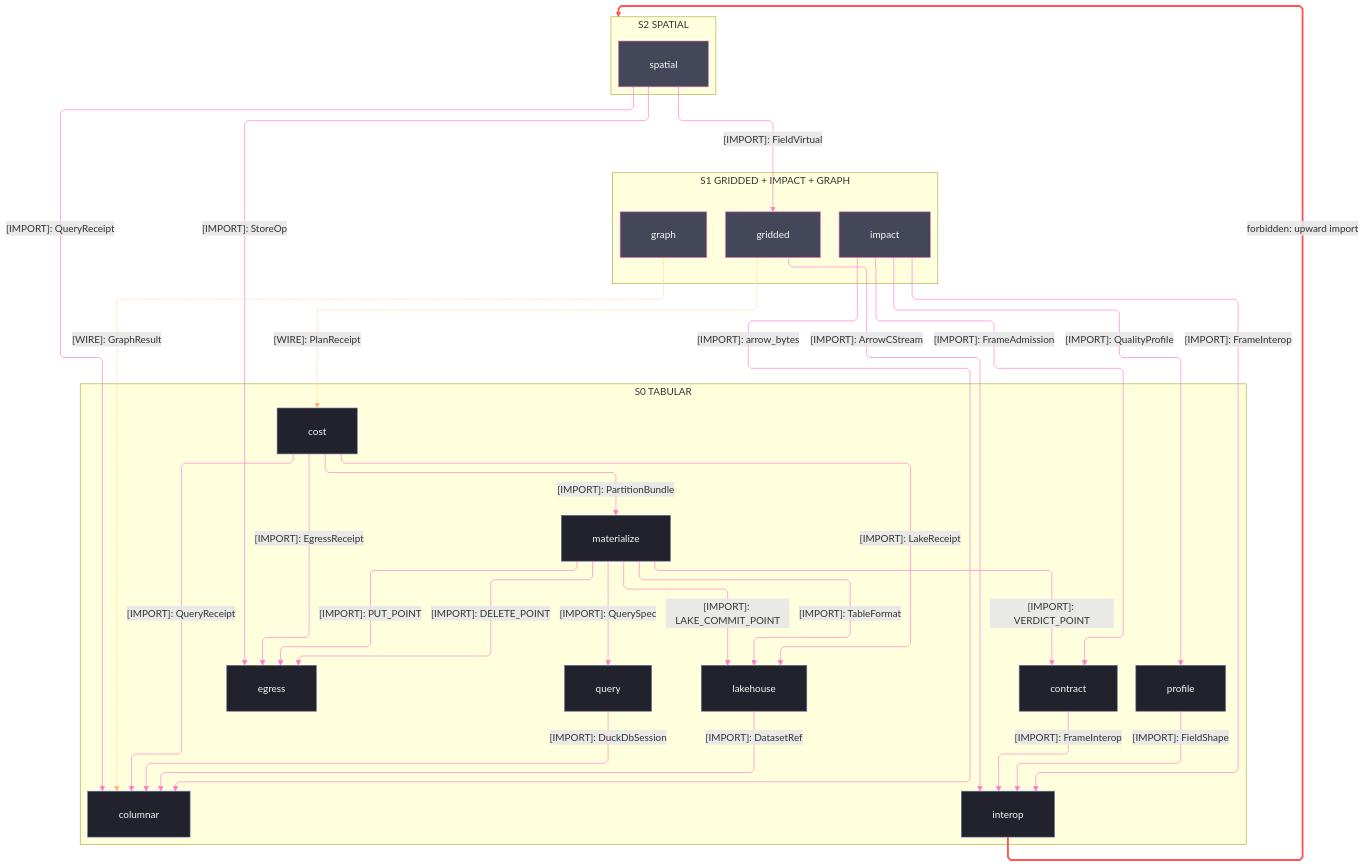
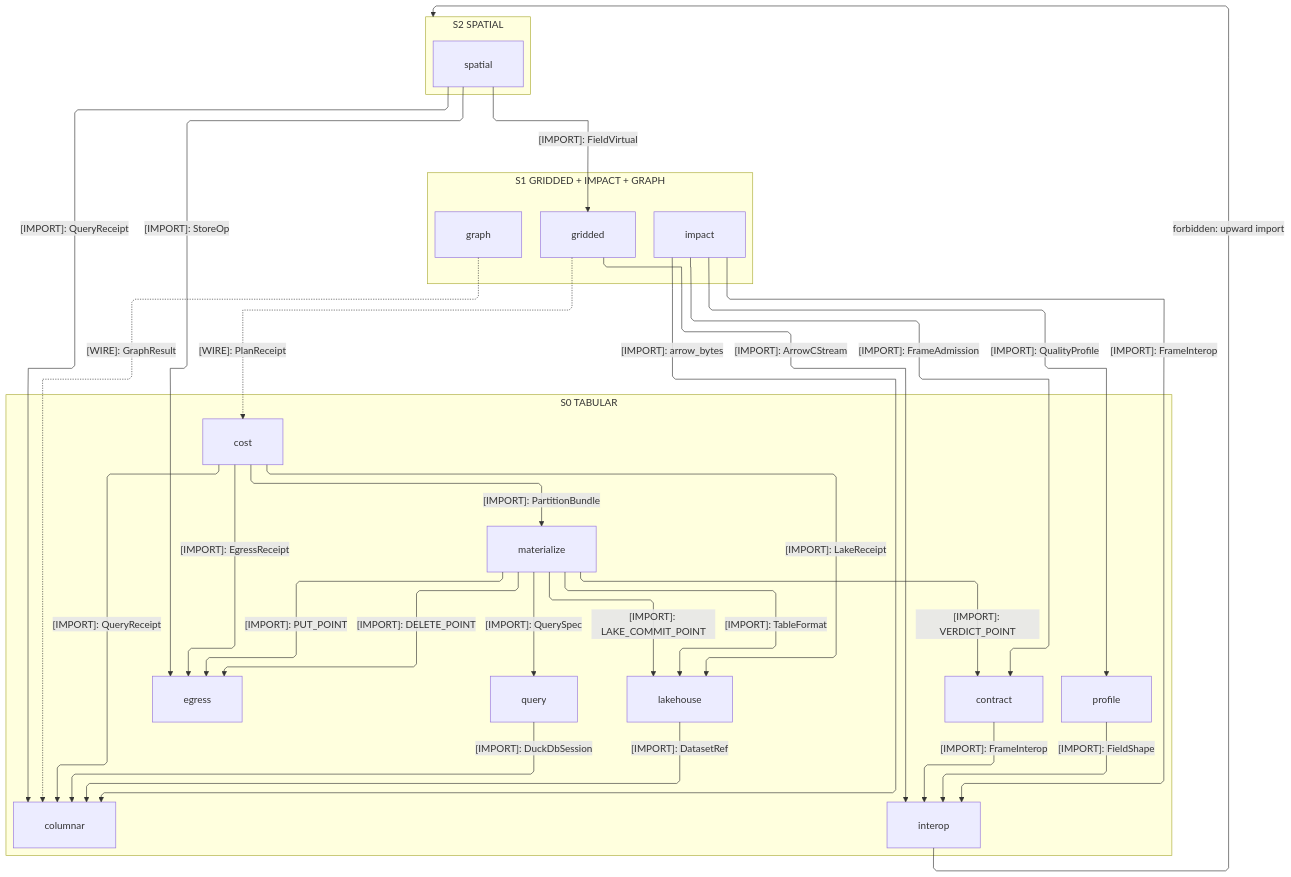
Before and after one commit to bsamiee/Rasm: the fourth of 4 diagrams in libs/python/data/ARCHITECTURE.md, drawn with Mermaid. The commit also changed other lines of this file and 324 other files, not shown here.

````diff
--- a/libs/python/data/ARCHITECTURE.md
+++ b/libs/python/data/ARCHITECTURE.md
@@ -161,68 +167,61 @@
 ```mermaid
 ---
 config:
   layout: elk
+  elk:
+    nodePlacementStrategy: NETWORK_SIMPLEX
+    considerModelOrder: NODES_AND_EDGES
   flowchart:
     curve: linear
     padding: 25
 ---
 flowchart TB
     accTitle: Data interior import strata
     accDescr: Spatial composes the middle tier over the tabular floor; labeled edges name imported owners, and dashed edges carry wire data.
     subgraph D2["S2 SPATIAL"]
         Spatial[spatial]
     end
     subgraph D1["S1 GRIDDED + IMPACT + GRAPH"]
         Graph[graph]
         Impact[impact]
         Gridded[gridded]
     end
     subgraph D0["S0 TABULAR"]
         Cost[cost]
         Egress[egress]
         Materialize[materialize]
         Query[query]
         Lakehouse[lakehouse]
         Columnar[columnar]
         Contract[contract]
         Profile[profile]
         Interop[interop]
     end
     Spatial s1@-->|"[IMPORT]: QueryReceipt"| Columnar
     Spatial s2@-->|"[IMPORT]: StoreOp"| Egress
     Spatial s3@-->|"[IMPORT]: FieldVirtual"| Gridded
     Gridded s4@-->|"[IMPORT]: ArrowCStream"| Interop
     Impact s5@-->|"[IMPORT]: FrameAdmission"| Contract
     Impact s6@-->|"[IMPORT]: QualityProfile"| Profile
     Impact s7@-->|"[IMPORT]: FrameInterop"| Interop
     Impact s8@-->|"[IMPORT]: arrow_bytes"| Columnar
     Graph s9@-.->|"[WIRE]: GraphResult"| Columnar
     Materialize s10@-->|"[IMPORT]: QuerySpec"| Query
     Materialize s11@-->|"[IMPORT]: TableFormat"| Lakehouse
     Materialize s12@-->|"[IMPORT]: LAKE_COMMIT_POINT"| Lakehouse
     Materialize s13@-->|"[IMPORT]: VERDICT_POINT"| Contract
     Materialize s14@-->|"[IMPORT]: PUT_POINT"| Egress
     Materialize s15@-->|"[IMPORT]: DELETE_POINT"| Egress
     Query s16@-->|"[IMPORT]: DuckDbSession"| Columnar
     Lakehouse s17@-->|"[IMPORT]: DatasetRef"| Columnar
     Contract s18@-->|"[IMPORT]: FrameInterop"| Interop
     Profile s19@-->|"[IMPORT]: FieldShape"| Interop
     Cost s20@-->|"[IMPORT]: QueryReceipt"| Columnar
     Cost s21@-->|"[IMPORT]: LakeReceipt"| Lakehouse
     Cost s22@-->|"[IMPORT]: PartitionBundle"| Materialize
     Cost s23@-->|"[IMPORT]: EgressReceipt"| Egress
     Gridded s24@-.->|"[WIRE]: PlanReceipt"| Cost
     Spatial ~~~ Impact
     Spatial ~~~ Graph
     Interop f1@-->|"forbidden: upward import"| D2
-    class Spatial,Graph,Impact,Gridded primary
-    class Cost,Egress,Materialize,Query,Lakehouse,Columnar,Contract,Profile,Interop recessed
-    class s1,s2,s3,s4,s5,s6,s7,s8,s10,s11,s12,s13,s14,s15,s16,s17,s18,s19,s20,s21,s22,s23 edgeControl
-    class s9,s24 edgeData
-    class f1 edgeError
-    classDef primary fill:#44475A,stroke:#FF79C6,color:#F8F8F2
-    classDef recessed fill:#21222C,stroke:#6272A4,color:#F8F8F2
-    classDef edgeControl stroke:#FF79C6,color:#F8F8F2
-    classDef edgeData stroke:#FFB86C,color:#F8F8F2
-    classDef edgeError stroke:#FF5555,stroke-width:3px,color:#F8F8F2
 ```
````
